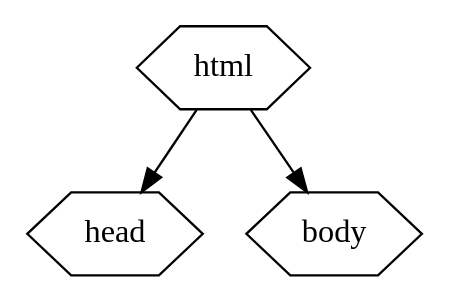
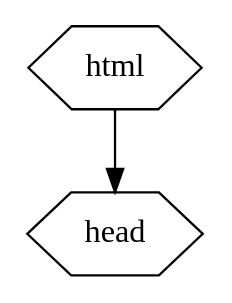
Before and after one commit to nikclayton/web-courseware: the sixth of 18 diagrams in courseware/week2/day1.org, drawn with Graphviz. The commit also changed other lines of this file and 53 other files, not shown here.

```diff
--- a/courseware/week2/day1.org
+++ b/courseware/week2/day1.org
@@ -2659,7 +2708,6 @@
-#+BEGIN_SRC dot :file html-tree2.svg :cmdline -Tsvg -Gstylesheet=../graphviz.css
+#+BEGIN_SRC dot :file html-tree-2.svg :cmdline -Tsvg -Gstylesheet=../graphviz.css
 digraph G {
   node [shape="hexagon"];
   html -> head
-  html -> body
 }
 #+END_SRC
```
